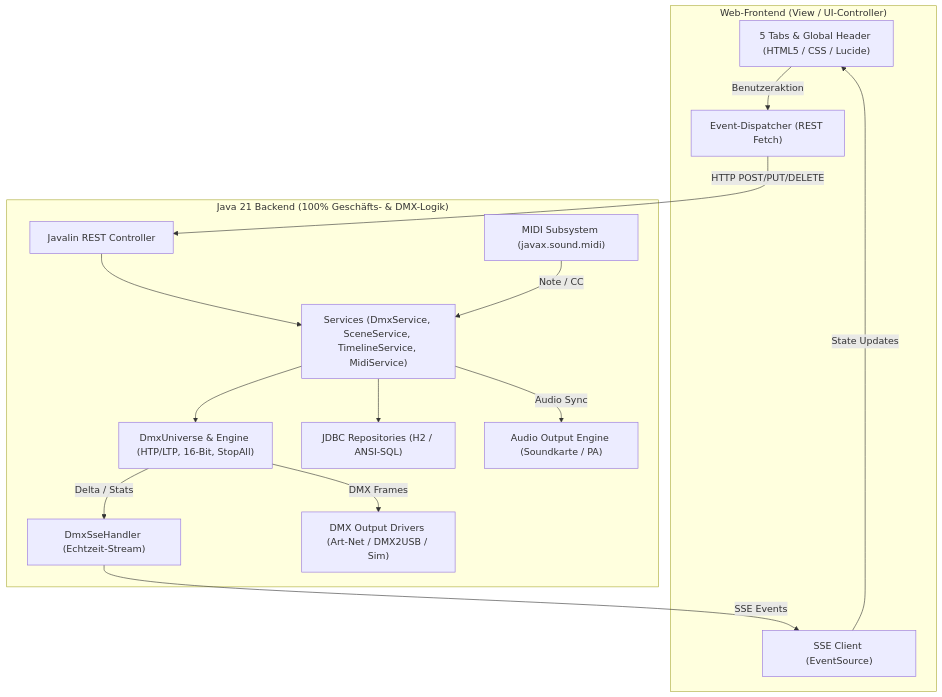
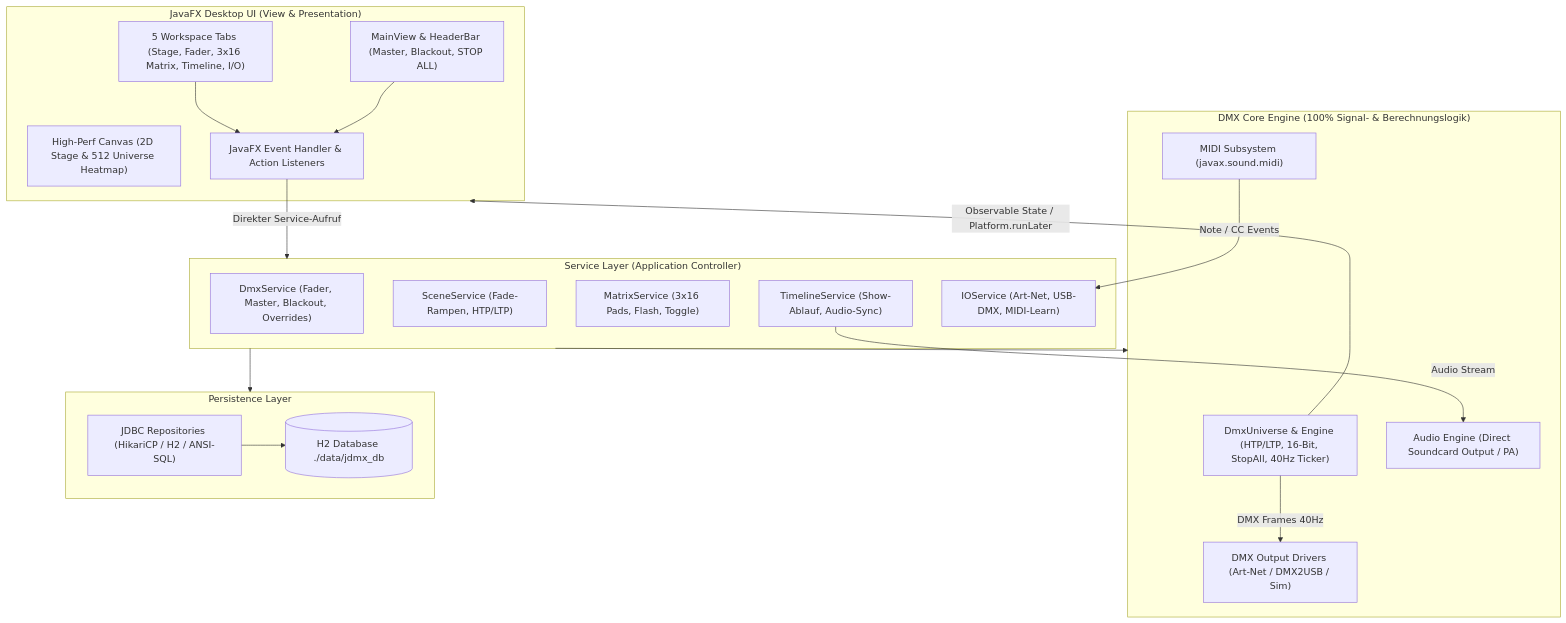
Before and after one commit to exitishere42/JDMX: the diagram in jdmx-spec.md, drawn with Mermaid. The commit also changed other lines of this file and 1 other file, not shown here.

Commit message:
docs: Architecture pivot from web (Javalin/REST/SSE) to native JavaFX 21 application

````diff
--- a/jdmx-spec.md
+++ b/jdmx-spec.md
@@ -190,31 +187,40 @@
 ```mermaid
 flowchart TD
-    subgraph Browser ["Web-Frontend (View / UI-Controller)"]
-        UI["5 Tabs & Global Header (HTML5 / CSS / Lucide)"]
-        EV["Event-Dispatcher (REST Fetch)"]
-        SSE_C["SSE Client (EventSource)"]
+    subgraph UI ["JavaFX Desktop UI (View & Presentation)"]
+        FX_MAIN["MainView & HeaderBar (Master, Blackout, STOP ALL)"]
+        FX_TABS["5 Workspace Tabs (Stage, Fader, 3x16 Matrix, Timeline, I/O)"]
+        FX_CANVAS["High-Perf Canvas (2D Stage & 512 Universe Heatmap)"]
+        FX_EV["JavaFX Event Handler & Action Listeners"]
     end
 
-    subgraph Backend ["Java 21 Backend (100% Geschäfts- & DMX-Logik)"]
-        API["Javalin REST Controller"]
-        SSE_H["DmxSseHandler (Echtzeit-Stream)"]
-        SVC["Services (DmxService, SceneService, TimelineService, MidiService)"]
-        CORE["DmxUniverse & Engine (HTP/LTP, 16-Bit, StopAll)"]
-        REPO["JDBC Repositories (H2 / ANSI-SQL)"]
+    subgraph ServiceLayer ["Service Layer (Application Controller)"]
+        SVC_DMX["DmxService (Fader, Master, Blackout, Overrides)"]
+        SVC_SCENE["SceneService (Fade-Rampen, HTP/LTP)"]
+        SVC_MATRIX["MatrixService (3x16 Pads, Flash, Toggle)"]
+        SVC_TIME["TimelineService (Show-Ablauf, Audio-Sync)"]
+        SVC_IO["IOService (Art-Net, USB-DMX, MIDI-Learn)"]
+    end
+
+    subgraph CoreEngine ["DMX Core Engine (100% Signal- & Berechnungslogik)"]
+        CORE["DmxUniverse & Engine (HTP/LTP, 16-Bit, StopAll, 40Hz Ticker)"]
         DRV["DMX Output Drivers (Art-Net / DMX2USB / Sim)"]
         MIDI["MIDI Subsystem (javax.sound.midi)"]
-        AUDIO["Audio Output Engine (Soundkarte / PA)"]
+        AUDIO["Audio Engine (Direct Soundcard Output / PA)"]
     end
 
-    UI -->|Benutzeraktion| EV
-    EV -->|HTTP POST/PUT/DELETE| API
-    API --> SVC
-    SVC --> CORE
-    SVC --> REPO
-    CORE -->|DMX Frames| DRV
-    CORE -->|Delta / Stats| SSE_H
-    SSE_H -->|SSE Events| SSE_C
-    SSE_C -->|State Updates| UI
-    MIDI -->|Note / CC| SVC
-    SVC -->|Audio Sync| AUDIO
+    subgraph DataLayer ["Persistence Layer"]
+        REPO["JDBC Repositories (HikariCP / H2 / ANSI-SQL)"]
+        DB[(H2 Database ./data/jdmx_db)]
+    end
+
+    FX_TABS --> FX_EV
+    FX_MAIN --> FX_EV
+    FX_EV -->|Direkter Service-Aufruf| ServiceLayer
+    ServiceLayer --> CoreEngine
+    ServiceLayer --> DataLayer
+    REPO --> DB
+    CORE -->|DMX Frames 40Hz| DRV
+    MIDI -->|Note / CC Events| SVC_IO
+    SVC_TIME -->|Audio Stream| AUDIO
+    CORE -->|Observable State / Platform.runLater| UI
 ```
````
